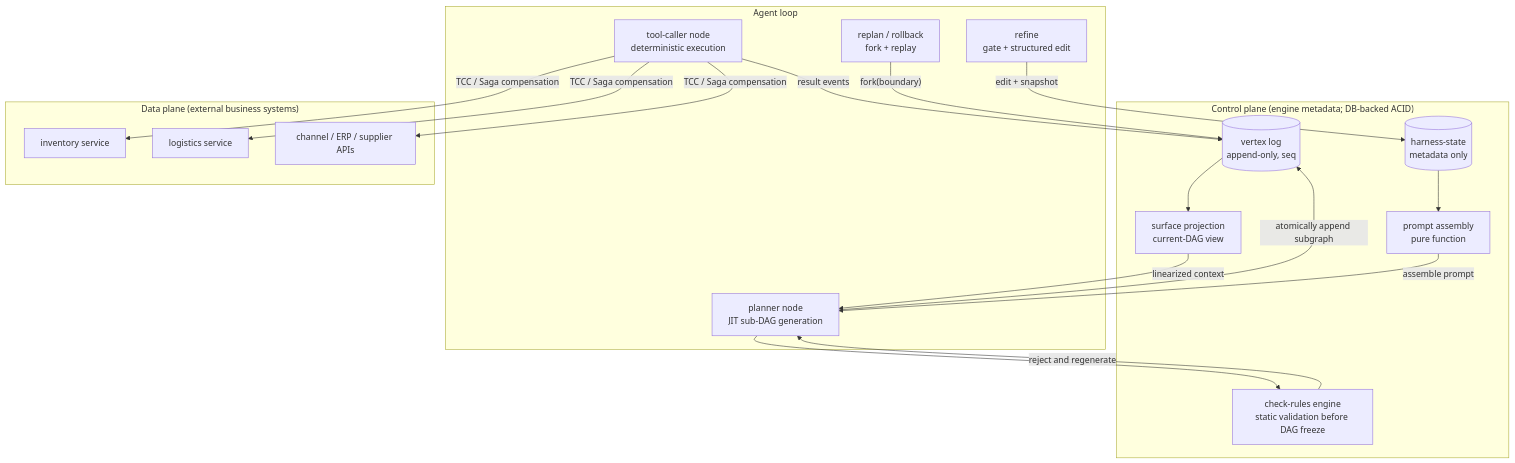
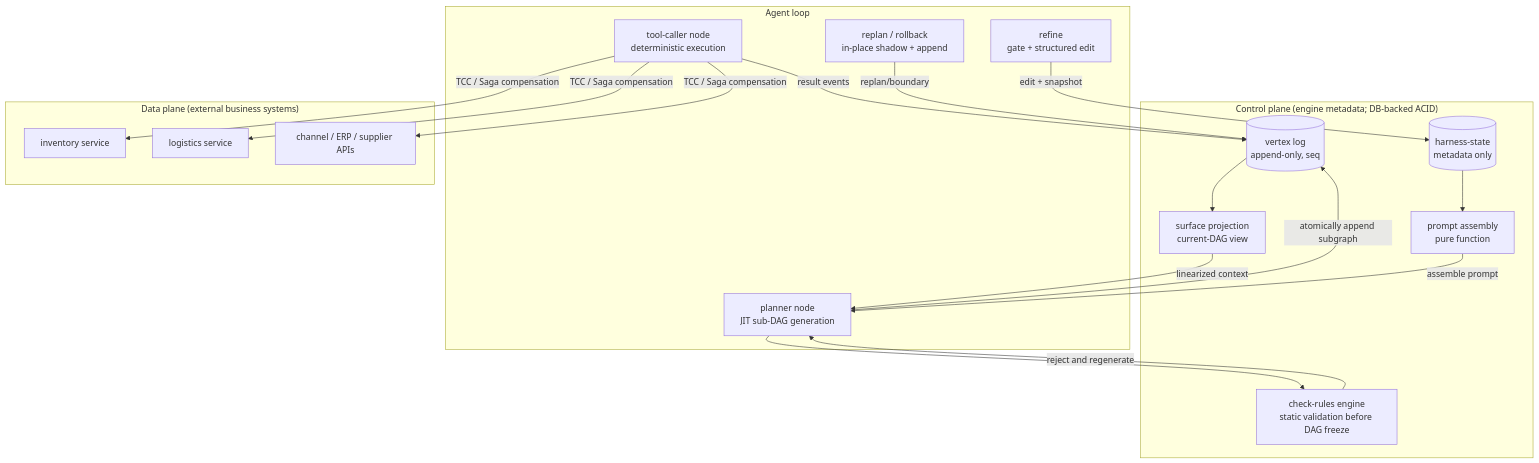
The diagram in doc/design/00-overview.md (linuxb/flory-ai), drawn with Mermaid before and after one commit. The commit also changed other lines of this file and 13 other files, not shown here.

````diff
--- a/doc/design/00-overview.md
+++ b/doc/design/00-overview.md
@@ -41,35 +42,35 @@
 ```mermaid
 flowchart TB
     subgraph ControlPlane["Control plane (engine metadata; DB-backed ACID)"]
         VL[("vertex log<br/>append-only, seq")]
         SF["surface projection<br/>current-DAG view"]
         CR["check-rules engine<br/>static validation before DAG freeze"]
         HS[("harness-state<br/>metadata only")]
         PA["prompt assembly<br/>pure function"]
     end
 
     subgraph AgentLoop["Agent loop"]
         P["planner node<br/>JIT sub-DAG generation"]
         T["tool-caller node<br/>deterministic execution"]
-        RP["replan / rollback<br/>fork + replay"]
+        RP["replan / rollback<br/>in-place shadow + append"]
         RF["refine<br/>gate + structured edit"]
     end
 
     subgraph DataPlane["Data plane (external business systems)"]
         INV["inventory service"]
         LOG["logistics service"]
         CH["channel / ERP / supplier APIs"]
     end
 
     P -- "atomically append subgraph" --> VL
     VL --> SF
     SF -- "linearized context" --> P
     P --> CR
     CR -- "reject and regenerate" --> P
     T -- "TCC / Saga compensation" --> INV & LOG & CH
     T -- "result events" --> VL
-    RP -- "fork(boundary)" --> VL
+    RP -- "replan/boundary" --> VL
     RF -- "edit + snapshot" --> HS
     HS --> PA
     PA -- "assemble prompt" --> P
 ```
````
